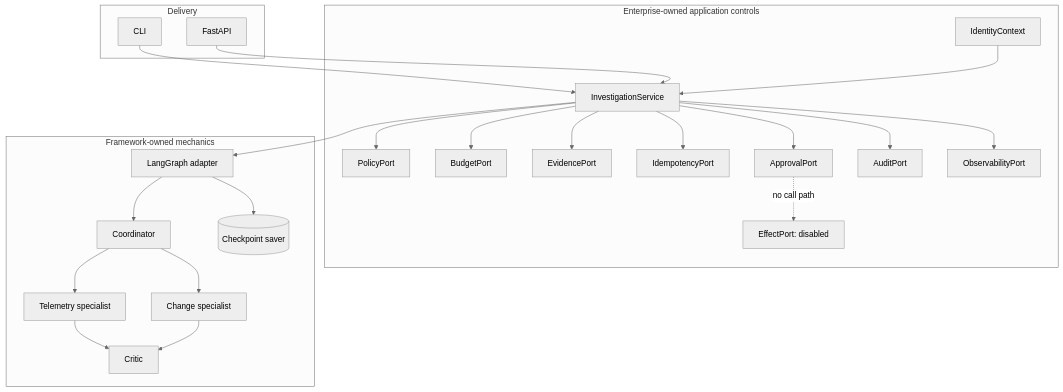
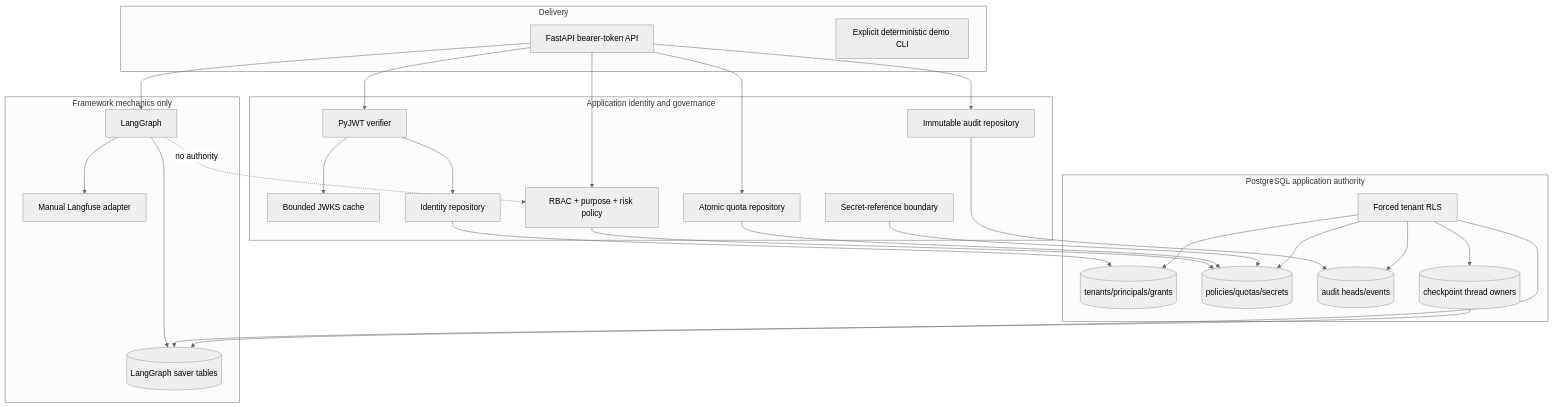
Before and after one commit to mrinmoyece/aegis-framework-platform: the first of 2 diagrams in docs/architecture.md, drawn with Mermaid (neutral theme). The commit also changed other lines of this file and 55 other files, not shown here.

First line of the commit message:
Implement enterprise Layer 2 identity and tenancy

````diff
--- a/docs/architecture.md
+++ b/docs/architecture.md
@@ -24,46 +25,44 @@
 ```mermaid
 flowchart TB
   subgraph Delivery
-    CLI[CLI]
-    API[FastAPI]
+    API[FastAPI bearer-token API]
+    CLI[Explicit deterministic demo CLI]
   end
-  subgraph Enterprise["Enterprise-owned application controls"]
-    SVC[InvestigationService]
-    ID[IdentityContext]
-    POL[PolicyPort]
-    BUD[BudgetPort]
-    EVI[EvidencePort]
-    IDEM[IdempotencyPort]
-    APP[ApprovalPort]
-    AUD[AuditPort]
-    EFF[EffectPort: disabled]
-    OBS[ObservabilityPort]
+  subgraph Identity["Application identity and governance"]
+    JWT[PyJWT verifier]
+    JWKS[Bounded JWKS cache]
+    IDR[Identity repository]
+    RBAC[RBAC + purpose + risk policy]
+    QUOTA[Atomic quota repository]
+    SECRET[Secret-reference boundary]
+    AUDIT[Immutable audit repository]
   end
-  subgraph Framework["Framework-owned mechanics"]
-    LG[LangGraph adapter]
-    CO[Coordinator]
-    TS[Telemetry specialist]
-    CS[Change specialist]
-    CR[Critic]
-    CP[(Checkpoint saver)]
+  subgraph Database["PostgreSQL application authority"]
+    RLS[Forced tenant RLS]
+    TEN[(tenants/principals/grants)]
+    POL[(policies/quotas/secrets)]
+    AUD[(audit heads/events)]
+    OWNER[(checkpoint thread owners)]
+  end
+  subgraph Framework["Framework mechanics only"]
+    LG[LangGraph]
+    CP[(LangGraph saver tables)]
+    LF[Manual Langfuse adapter]
   end
 
-  CLI --> SVC
-  API --> SVC
-  ID --> SVC
-  SVC --> POL
-  SVC --> IDEM
-  SVC --> BUD
-  SVC --> EVI
-  SVC --> LG
-  SVC --> APP
-  SVC --> AUD
-  SVC --> OBS
-  LG --> CO
-  CO --> TS
-  CO --> CS
-  TS --> CR
-  CS --> CR
-  LG --> CP
-  APP -. no call path .-> EFF
+  API --> JWT --> JWKS
+  JWT --> IDR --> TEN
+  API --> RBAC --> POL
+  API --> QUOTA --> POL
+  API --> LG --> CP
+  LG -. no authority .-> RBAC
+  OWNER --> CP
+  API --> AUDIT --> AUD
+  SECRET --> POL
+  RLS --> TEN
+  RLS --> POL
+  RLS --> AUD
+  RLS --> OWNER
+  RLS --> CP
+  LG --> LF
 ```
````
